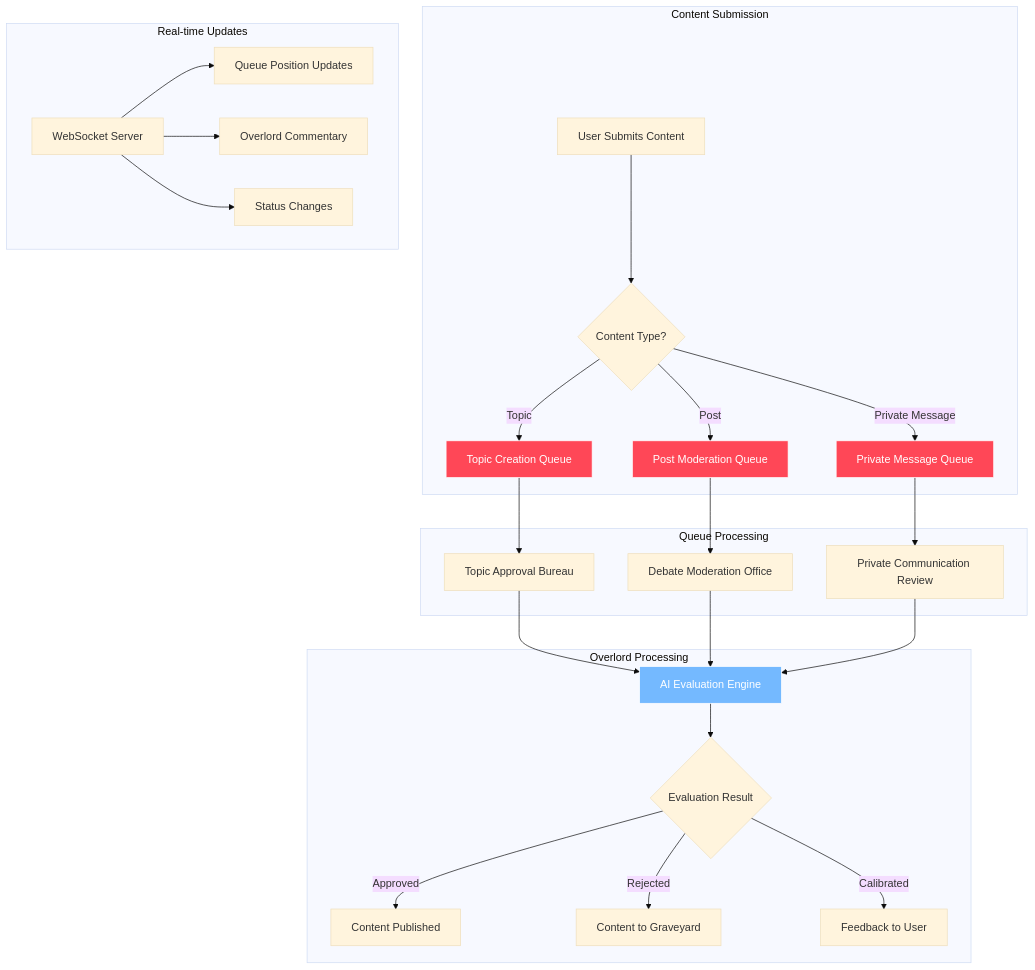
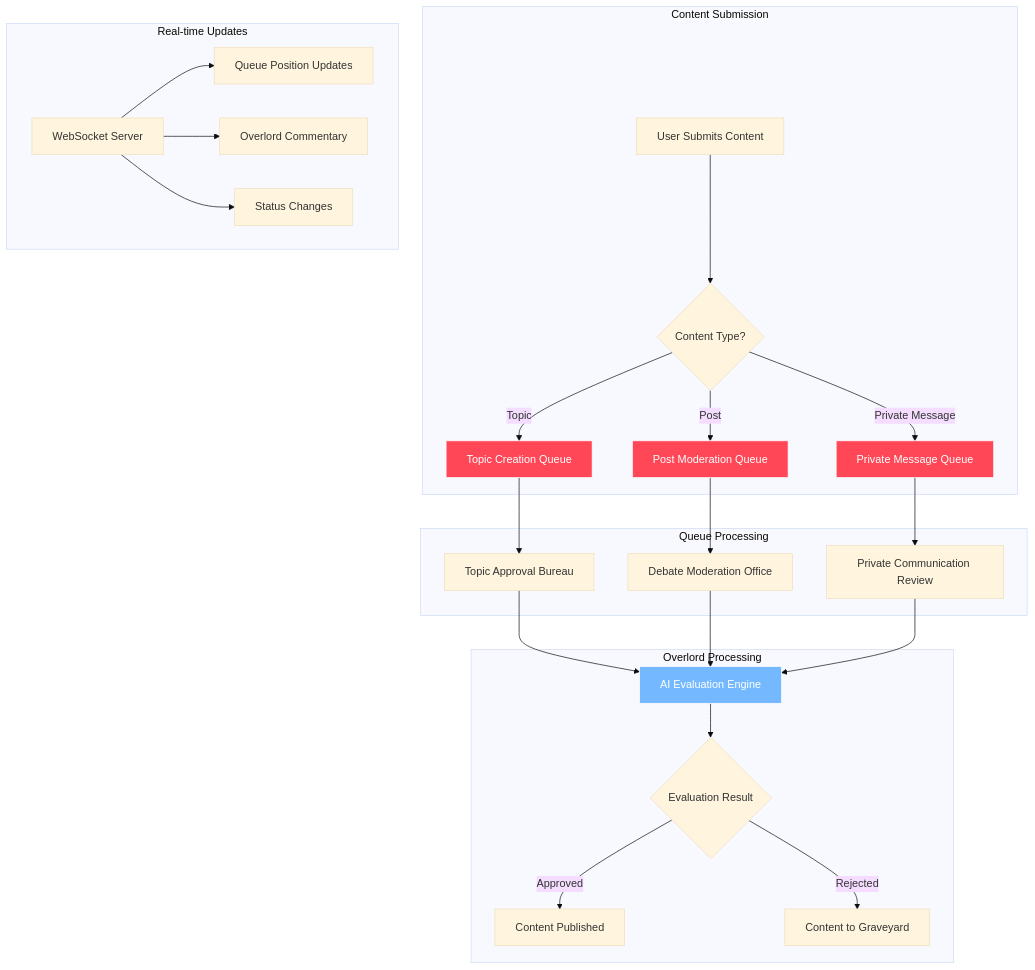
Before and after one commit to joshSzep/therobotoverlord-mono: the first of 2 diagrams in docs/business-requirements/16-queue-visualization.md, drawn with Mermaid (base theme). The commit also changed 12 other files, not shown here.

````diff
--- a/docs/business-requirements/16-queue-visualization.md
+++ b/docs/business-requirements/16-queue-visualization.md
@@ -9,36 +9,35 @@
 ```mermaid
 graph TB
     subgraph "Content Submission"
         A[User Submits Content] --> B{Content Type?}
         B -->|Topic| C[Topic Creation Queue]
         B -->|Post| D[Post Moderation Queue]
         B -->|Private Message| E[Private Message Queue]
     end
     
     subgraph "Queue Processing"
         C --> F[Topic Approval Bureau]
         D --> G[Debate Moderation Office]
         E --> H[Private Communication Review]
     end
     
     subgraph "Overlord Processing"
         F --> I[AI Evaluation Engine]
         G --> I
         H --> I
         I --> J{Evaluation Result}
         J -->|Approved| K[Content Published]
         J -->|Rejected| L[Content to Graveyard]
-        J -->|Calibrated| M[Feedback to User]
     end
     
     subgraph "Real-time Updates"
         N[WebSocket Server] --> O[Queue Position Updates]
         N --> P[Overlord Commentary]
         N --> Q[Status Changes]
     end
     
     style C fill:#ff4757,stroke:#fff,color:#fff
     style D fill:#ff4757,stroke:#fff,color:#fff
     style E fill:#ff4757,stroke:#fff,color:#fff
     style I fill:#74b9ff,stroke:#fff,color:#fff
 ```
````
